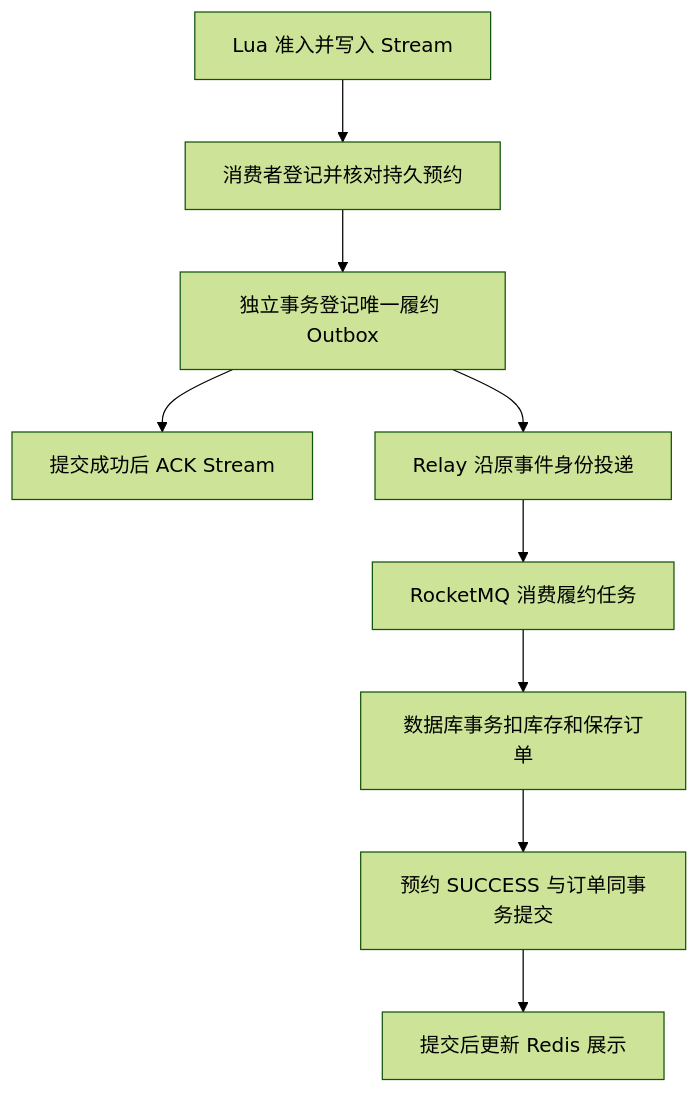
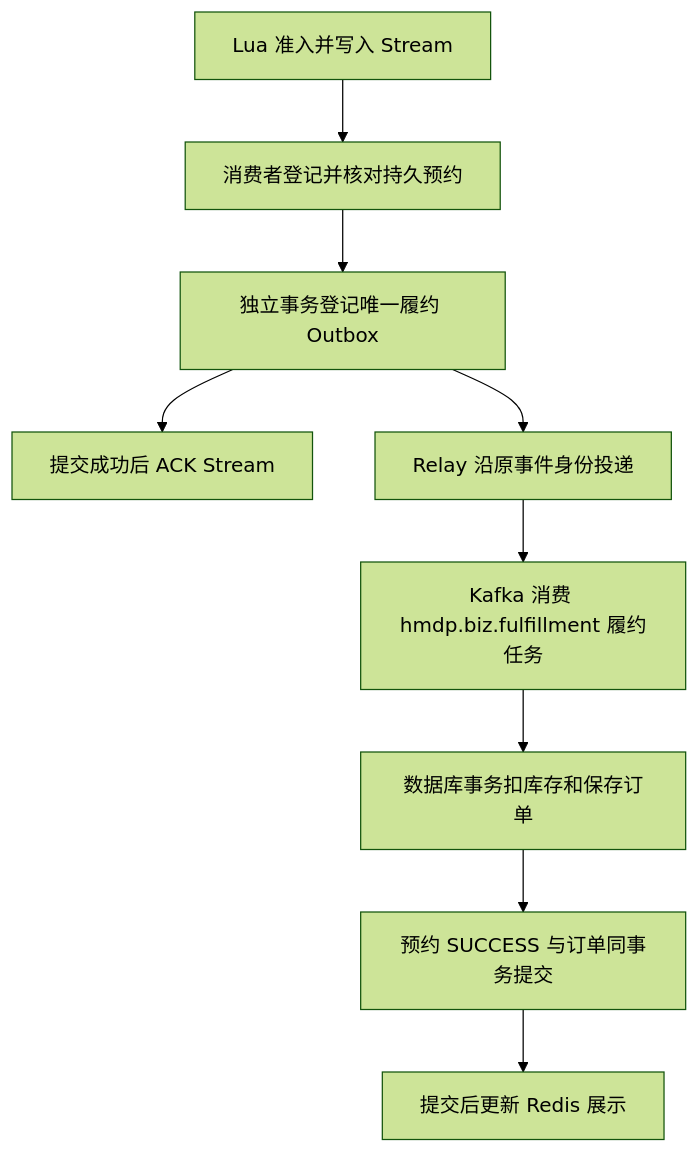
The diagram in wiki/08-秒杀Lua与RedisStream.md (Coding-Lou/harbourdrop), drawn with Mermaid (forest theme) before and after one commit. The commit also changed other lines of this file and 20 other files, not shown here.

````diff
--- a/wiki/08-秒杀Lua与RedisStream.md
+++ b/wiki/08-秒杀Lua与RedisStream.md
@@ -605,11 +604,11 @@
 ```mermaid
 flowchart TD
     A[Lua 准入并写入 Stream] --> B[消费者登记并核对持久预约]
     B --> C[独立事务登记唯一履约 Outbox]
     C --> D[提交成功后 ACK Stream]
     C --> E[Relay 沿原事件身份投递]
-    E --> F[RocketMQ 消费履约任务]
+    E --> F[Kafka 消费 hmdp.biz.fulfillment 履约任务]
     F --> G[数据库事务扣库存和保存订单]
     G --> H[预约 SUCCESS 与订单同事务提交]
     H --> I[提交后更新 Redis 展示]
 ```
````
